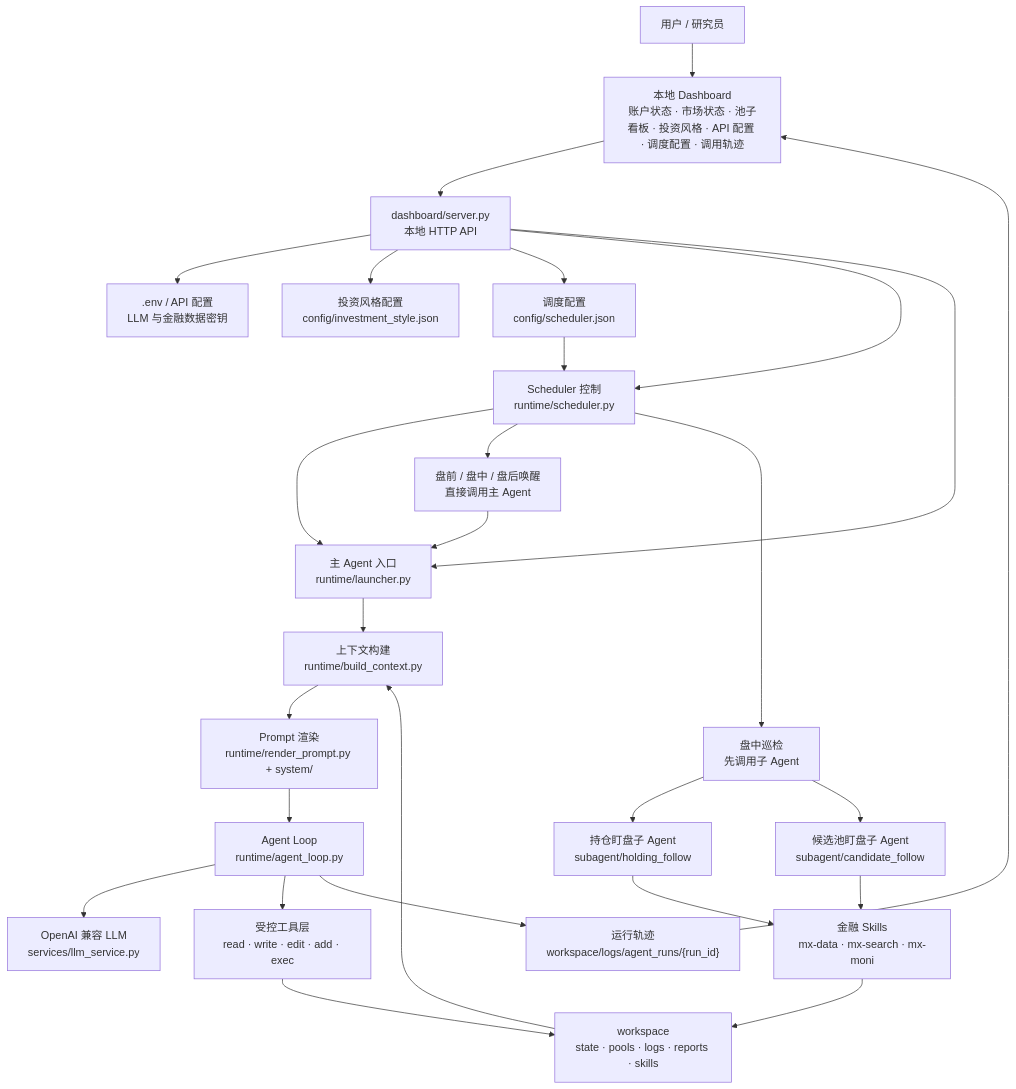
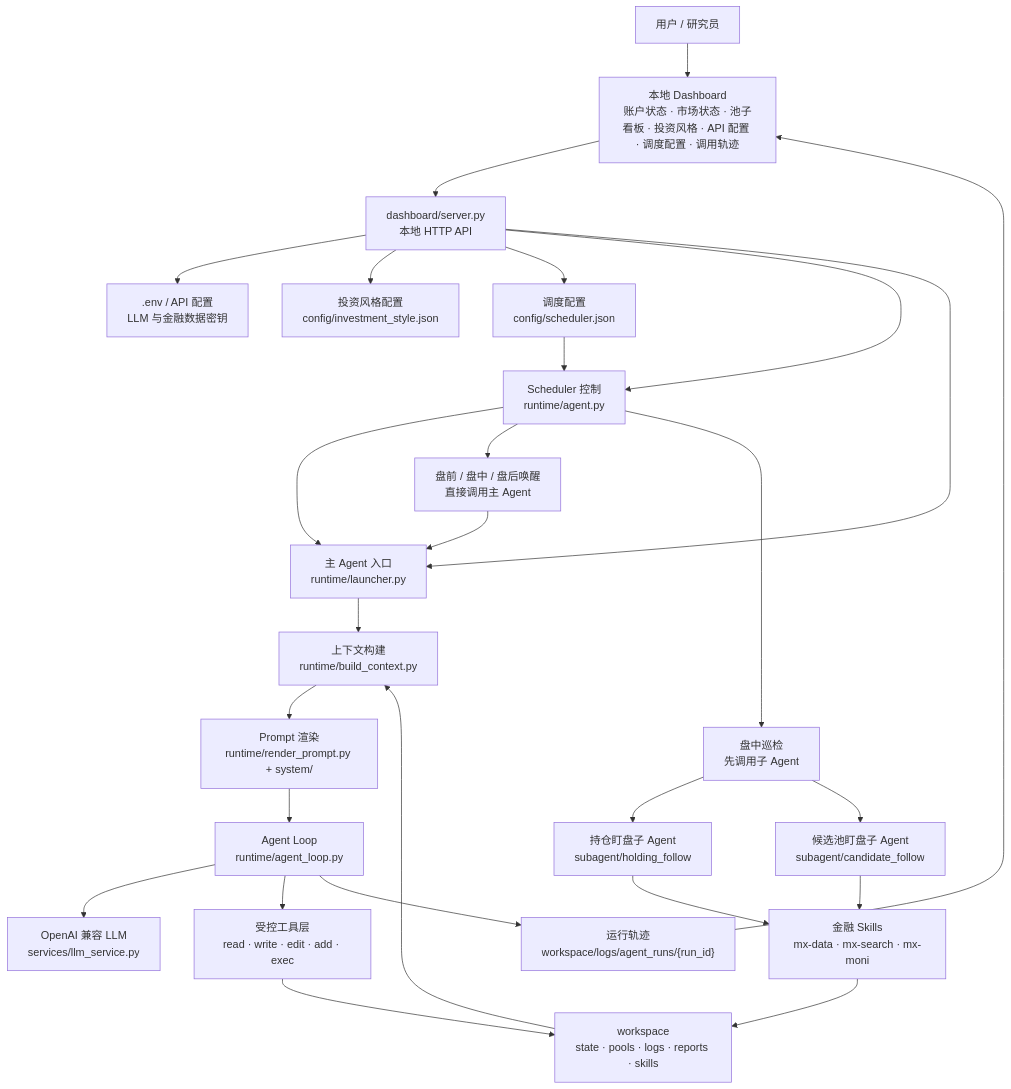
One commit to wakeyuyuyuyu/AstraTrade changed the diagram in README.md. Above: the diagram before and after it, drawn with Mermaid. The commit also changed other lines of this file and 25 other files, not shown here.

````diff
--- a/README.md
+++ b/README.md
@@ -153,34 +153,34 @@
 ```mermaid
 flowchart TB
   User["用户 / 研究员"] --> Dashboard["本地 Dashboard<br/>账户状态 · 市场状态 · 池子看板 · 投资风格 · API 配置 · 调度配置 · 调用轨迹"]
 
   Dashboard --> Server["dashboard/server.py<br/>本地 HTTP API"]
   Server --> Env[".env / API 配置<br/>LLM 与金融数据密钥"]
   Server --> Style["投资风格配置<br/>config/investment_style.json"]
   Server --> SchedulerConfig["调度配置<br/>config/scheduler.json"]
-  Server --> Scheduler["Scheduler 控制<br/>runtime/scheduler.py"]
+  Server --> Scheduler["Scheduler 控制<br/>runtime/agent.py"]
   Server --> Launcher["主 Agent 入口<br/>runtime/launcher.py"]
 
   SchedulerConfig --> Scheduler
   Scheduler --> Launcher
   Launcher --> Context["上下文构建<br/>runtime/build_context.py"]
   Context --> Prompt["Prompt 渲染<br/>runtime/render_prompt.py + system/"]
   Prompt --> Loop["Agent Loop<br/>runtime/agent_loop.py"]
 
   Loop --> LLM["OpenAI 兼容 LLM<br/>services/llm_service.py"]
   Loop --> Tools["受控工具层<br/>read · write · edit · add · exec"]
   Tools --> Workspace["workspace<br/>state · pools · logs · reports · skills"]
   Workspace --> Context
 
   Scheduler --> Wake["盘前 / 盘中 / 盘后唤醒<br/>直接调用主 Agent"]
   Wake --> Launcher
   Scheduler --> Patrol["盘中巡检<br/>先调用子 Agent"]
   Patrol --> Holding["持仓盯盘子 Agent<br/>subagent/holding_follow"]
   Patrol --> Candidate["候选池盯盘子 Agent<br/>subagent/candidate_follow"]
   Holding --> Skills["金融 Skills<br/>mx-data · mx-search · mx-moni"]
   Candidate --> Skills
   Skills --> Workspace
 
   Loop --> Trace["运行轨迹<br/>workspace/logs/agent_runs/{run_id}"]
   Trace --> Dashboard
 ```
````
